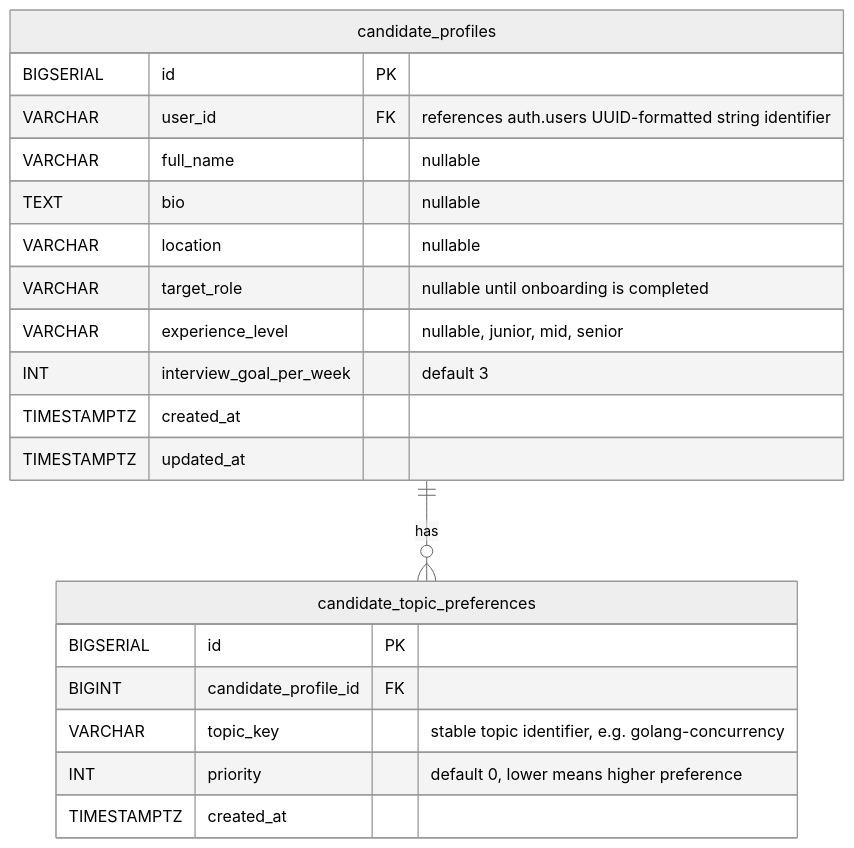
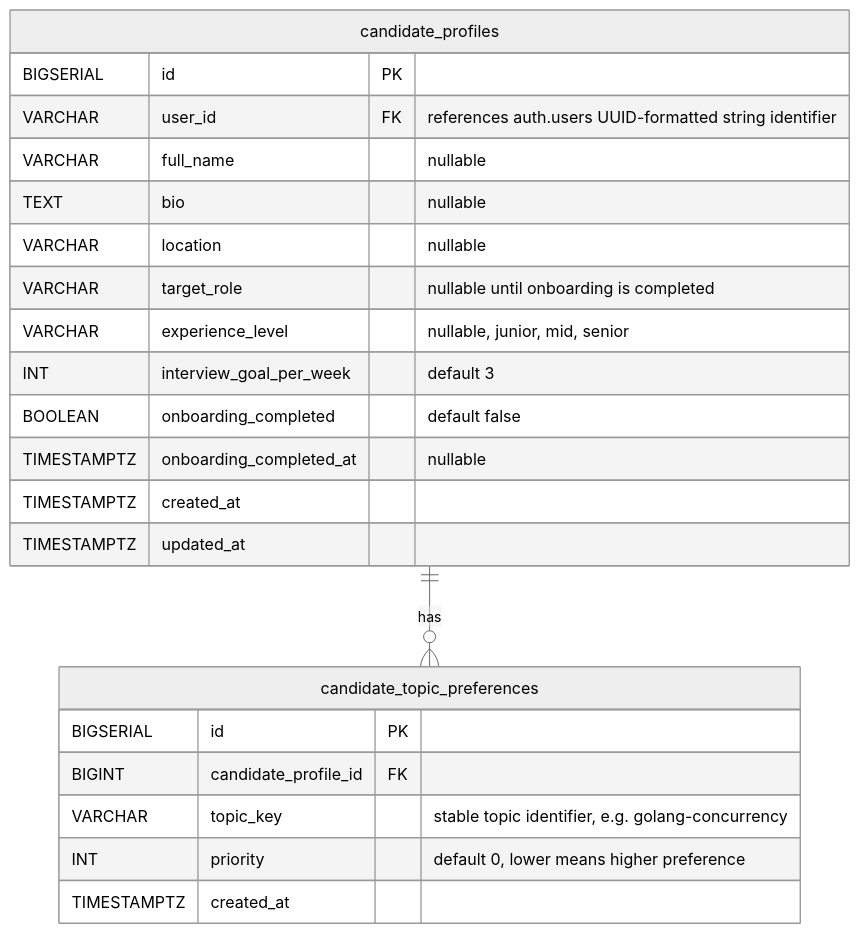
One commit to Jaxongir1006/ai-interview-prep-api changed the diagram in docs/specs/modules/candidate/ERD.md. Above: the diagram before and after it, drawn with Mermaid (neutral theme). The commit also changed other lines of this file and 31 other files, not shown here.

````diff
--- a/docs/specs/modules/candidate/ERD.md
+++ b/docs/specs/modules/candidate/ERD.md
@@ -3,25 +3,27 @@
 ```mermaid
 erDiagram
     candidate_profiles ||--o{ candidate_topic_preferences : "has"
 
     candidate_profiles {
         BIGSERIAL id PK
         VARCHAR user_id FK "references auth.users UUID-formatted string identifier"
         VARCHAR full_name "nullable"
         TEXT bio "nullable"
         VARCHAR location "nullable"
         VARCHAR target_role "nullable until onboarding is completed"
         VARCHAR experience_level "nullable, junior, mid, senior"
         INT interview_goal_per_week "default 3"
+        BOOLEAN onboarding_completed "default false"
+        TIMESTAMPTZ onboarding_completed_at "nullable"
         TIMESTAMPTZ created_at
         TIMESTAMPTZ updated_at
     }
 
     candidate_topic_preferences {
         BIGSERIAL id PK
         BIGINT candidate_profile_id FK
         VARCHAR topic_key "stable topic identifier, e.g. golang-concurrency"
         INT priority "default 0, lower means higher preference"
         TIMESTAMPTZ created_at
     }
 ```
````
